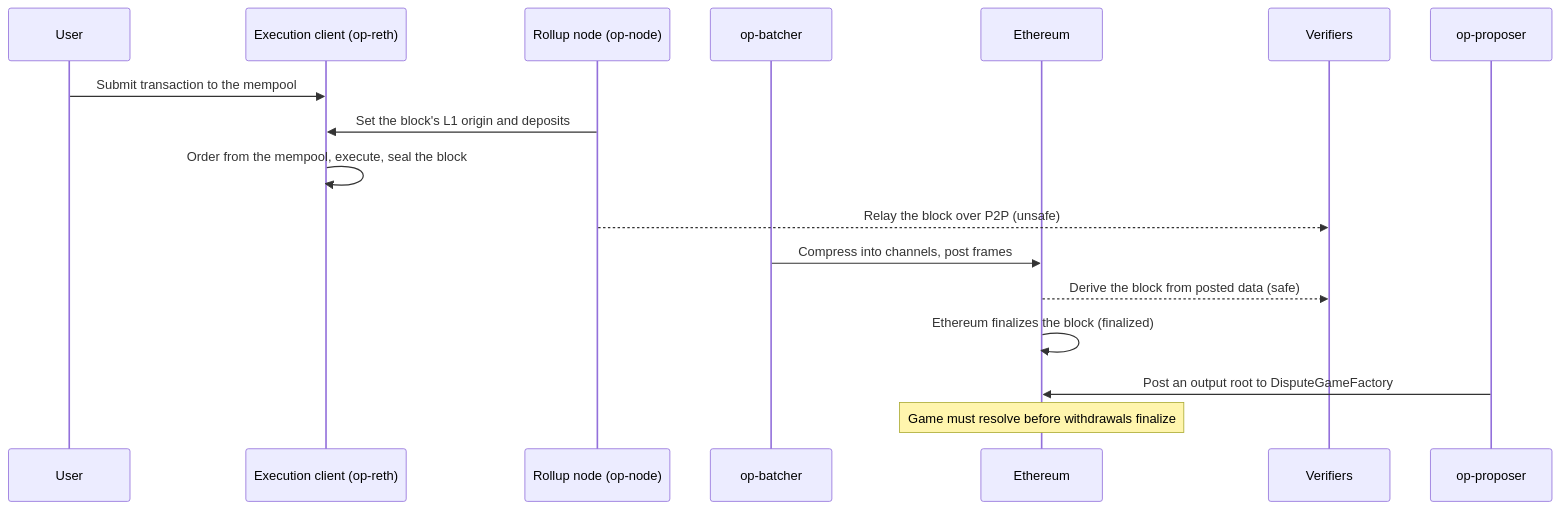
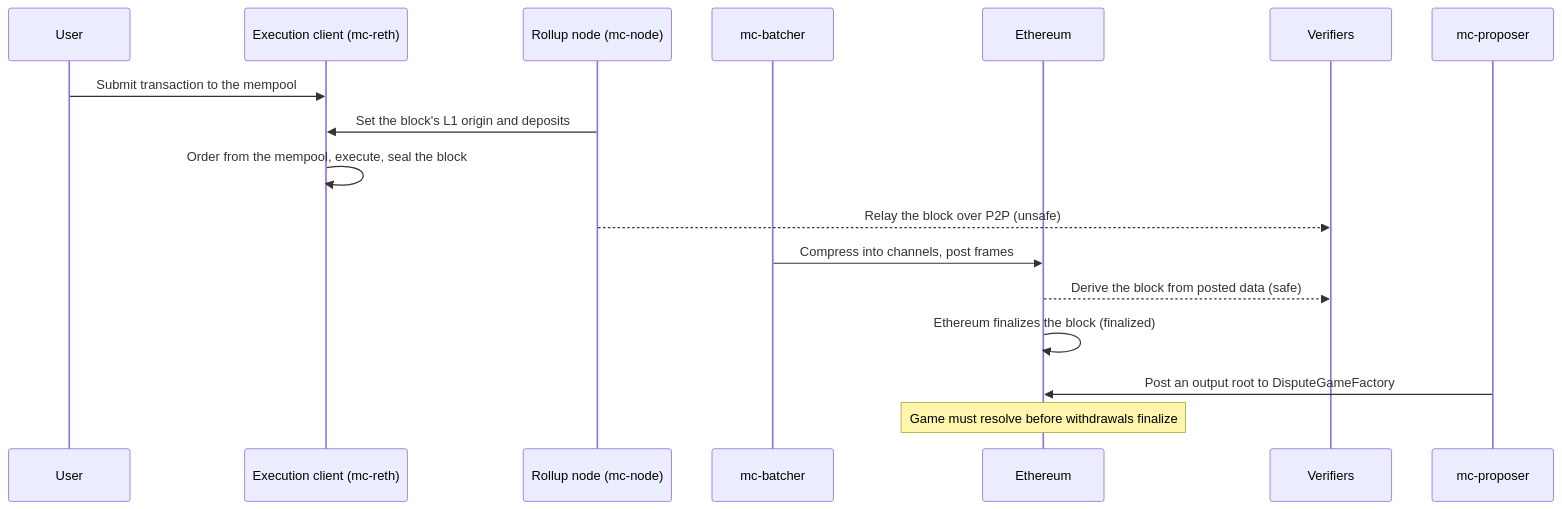
Before and after one commit to arunjot12/mind-chain: the second of 2 diagrams in docs/public-docs/op-stack/architecture.mdx, drawn with Mermaid. The commit also changed other lines of this file and 10211 other files, not shown here.

````diff
--- a/docs/public-docs/op-stack/architecture.mdx
+++ b/docs/public-docs/op-stack/architecture.mdx
@@ -120,20 +120,20 @@
 ```mermaid
 sequenceDiagram
     participant User
-    participant EL as Execution client (op-reth)
-    participant CL as Rollup node (op-node)
-    participant Batcher as op-batcher
+    participant EL as Execution client (mc-reth)
+    participant CL as Rollup node (mc-node)
+    participant Batcher as mc-batcher
     participant L1 as Ethereum
     participant Ver as Verifiers
-    participant Prop as op-proposer
+    participant Prop as mc-proposer
 
     User->>EL: Submit transaction to the mempool
     CL->>EL: Set the block's L1 origin and deposits
     EL->>EL: Order from the mempool, execute, seal the block
     CL-->>Ver: Relay the block over P2P (unsafe)
     Batcher->>L1: Compress into channels, post frames
     L1-->>Ver: Derive the block from posted data (safe)
     L1->>L1: Ethereum finalizes the block (finalized)
     Prop->>L1: Post an output root to DisputeGameFactory
     Note over L1: Game must resolve before withdrawals finalize
 ```
````
